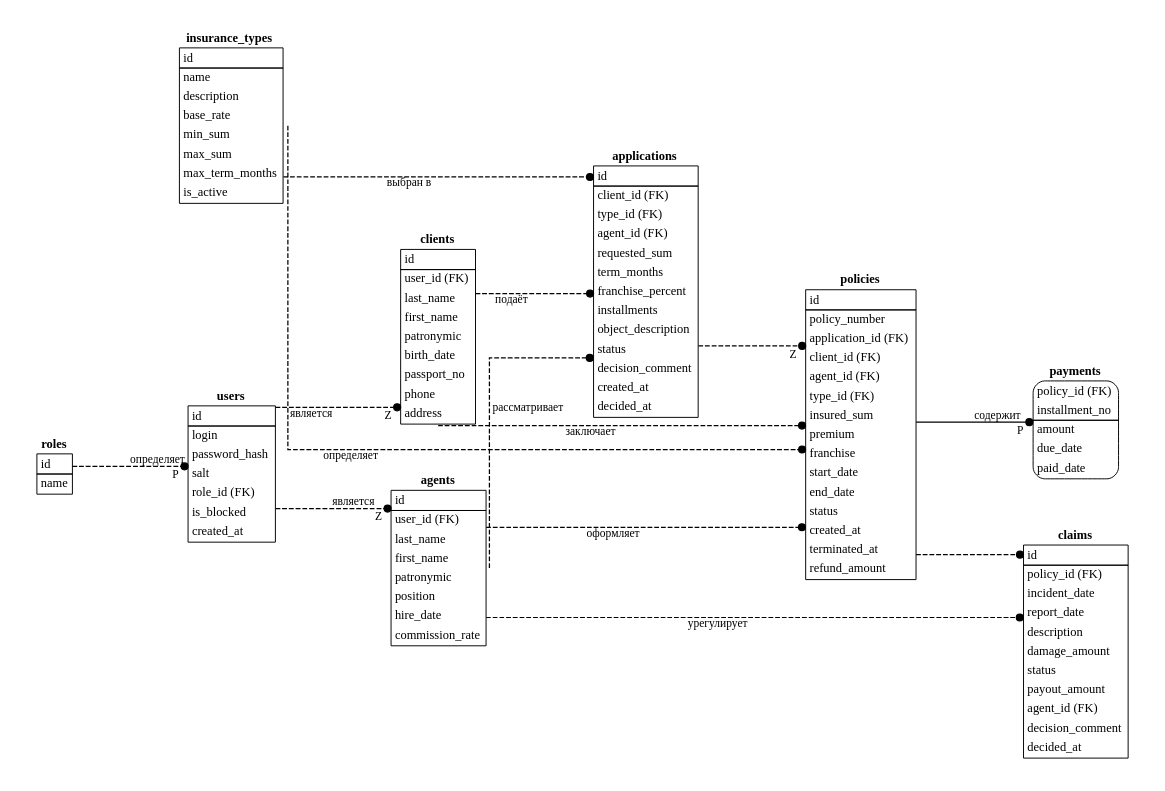
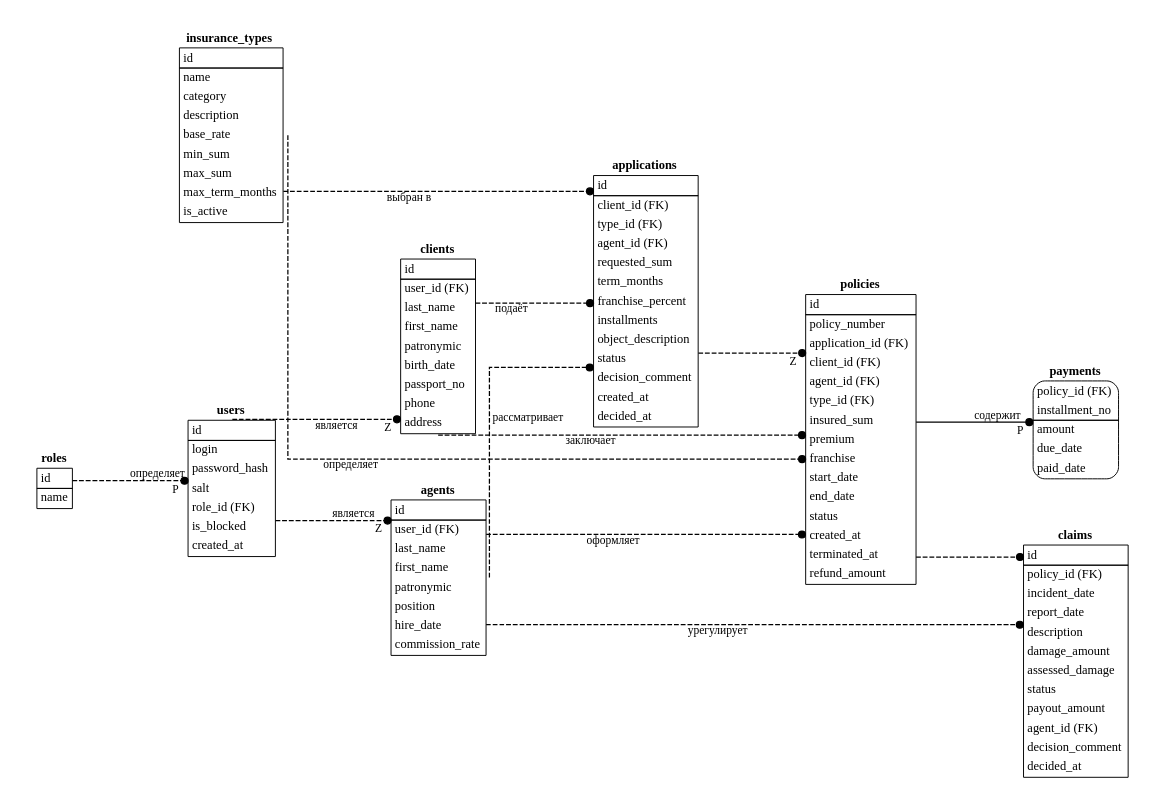
The diagram in diagrams/idef1x.dot (Danilakov277/insurance-service-kp), drawn with Graphviz before and after one commit. The commit also changed 109 other files, not shown here.

```diff
--- a/diagrams/idef1x.dot
+++ b/diagrams/idef1x.dot
@@ -1,28 +1,28 @@
 digraph G {
 graph [rankdir=LR, splines=ortho, nodesep=0.6, ranksep=1.3, forcelabels=true, pad=0.3, fontname="Liberation Serif"];
 node [shape=plaintext, fontname="Liberation Serif", fontsize=13];
 edge [fontname="Liberation Serif", fontsize=12, arrowhead=dot, arrowtail=none, arrowsize=0.9, penwidth=1.3];
 "roles" [label=<<TABLE BORDER="0" CELLBORDER="0" CELLSPACING="0" CELLPADDING="1"><TR><TD><B>roles</B></TD></TR><TR><TD><TABLE PORT="b" BORDER="1.5" CELLBORDER="0" CELLSPACING="0" CELLPADDING="3"><TR><TD ALIGN="LEFT">id</TD></TR><HR/><TR><TD ALIGN="LEFT">name</TD></TR></TABLE></TD></TR></TABLE>>];
 "users" [label=<<TABLE BORDER="0" CELLBORDER="0" CELLSPACING="0" CELLPADDING="1"><TR><TD><B>users</B></TD></TR><TR><TD><TABLE PORT="b" BORDER="1.5" CELLBORDER="0" CELLSPACING="0" CELLPADDING="3"><TR><TD ALIGN="LEFT">id</TD></TR><HR/><TR><TD ALIGN="LEFT">login</TD></TR><TR><TD ALIGN="LEFT">password_hash</TD></TR><TR><TD ALIGN="LEFT">salt</TD></TR><TR><TD ALIGN="LEFT">role_id (FK)</TD></TR><TR><TD ALIGN="LEFT">is_blocked</TD></TR><TR><TD ALIGN="LEFT">created_at</TD></TR></TABLE></TD></TR></TABLE>>];
 "clients" [label=<<TABLE BORDER="0" CELLBORDER="0" CELLSPACING="0" CELLPADDING="1"><TR><TD><B>clients</B></TD></TR><TR><TD><TABLE PORT="b" BORDER="1.5" CELLBORDER="0" CELLSPACING="0" CELLPADDING="3"><TR><TD ALIGN="LEFT">id</TD></TR><HR/><TR><TD ALIGN="LEFT">user_id (FK)</TD></TR><TR><TD ALIGN="LEFT">last_name</TD></TR><TR><TD ALIGN="LEFT">first_name</TD></TR><TR><TD ALIGN="LEFT">patronymic</TD></TR><TR><TD ALIGN="LEFT">birth_date</TD></TR><TR><TD ALIGN="LEFT">passport_no</TD></TR><TR><TD ALIGN="LEFT">phone</TD></TR><TR><TD ALIGN="LEFT">address</TD></TR></TABLE></TD></TR></TABLE>>];
 "agents" [label=<<TABLE BORDER="0" CELLBORDER="0" CELLSPACING="0" CELLPADDING="1"><TR><TD><B>agents</B></TD></TR><TR><TD><TABLE PORT="b" BORDER="1.5" CELLBORDER="0" CELLSPACING="0" CELLPADDING="3"><TR><TD ALIGN="LEFT">id</TD></TR><HR/><TR><TD ALIGN="LEFT">user_id (FK)</TD></TR><TR><TD ALIGN="LEFT">last_name</TD></TR><TR><TD ALIGN="LEFT">first_name</TD></TR><TR><TD ALIGN="LEFT">patronymic</TD></TR><TR><TD ALIGN="LEFT">position</TD></TR><TR><TD ALIGN="LEFT">hire_date</TD></TR><TR><TD ALIGN="LEFT">commission_rate</TD></TR></TABLE></TD></TR></TABLE>>];
-"insurance_types" [label=<<TABLE BORDER="0" CELLBORDER="0" CELLSPACING="0" CELLPADDING="1"><TR><TD><B>insurance_types</B></TD></TR><TR><TD><TABLE PORT="b" BORDER="1.5" CELLBORDER="0" CELLSPACING="0" CELLPADDING="3"><TR><TD ALIGN="LEFT">id</TD></TR><HR/><TR><TD ALIGN="LEFT">name</TD></TR><TR><TD ALIGN="LEFT">description</TD></TR><TR><TD ALIGN="LEFT">base_rate</TD></TR><TR><TD ALIGN="LEFT">min_sum</TD></TR><TR><TD ALIGN="LEFT">max_sum</TD></TR><TR><TD ALIGN="LEFT">max_term_months</TD></TR><TR><TD ALIGN="LEFT">is_active</TD></TR></TABLE></TD></TR></TABLE>>];
+"insurance_types" [label=<<TABLE BORDER="0" CELLBORDER="0" CELLSPACING="0" CELLPADDING="1"><TR><TD><B>insurance_types</B></TD></TR><TR><TD><TABLE PORT="b" BORDER="1.5" CELLBORDER="0" CELLSPACING="0" CELLPADDING="3"><TR><TD ALIGN="LEFT">id</TD></TR><HR/><TR><TD ALIGN="LEFT">name</TD></TR><TR><TD ALIGN="LEFT">category</TD></TR><TR><TD ALIGN="LEFT">description</TD></TR><TR><TD ALIGN="LEFT">base_rate</TD></TR><TR><TD ALIGN="LEFT">min_sum</TD></TR><TR><TD ALIGN="LEFT">max_sum</TD></TR><TR><TD ALIGN="LEFT">max_term_months</TD></TR><TR><TD ALIGN="LEFT">is_active</TD></TR></TABLE></TD></TR></TABLE>>];
 "applications" [label=<<TABLE BORDER="0" CELLBORDER="0" CELLSPACING="0" CELLPADDING="1"><TR><TD><B>applications</B></TD></TR><TR><TD><TABLE PORT="b" BORDER="1.5" CELLBORDER="0" CELLSPACING="0" CELLPADDING="3"><TR><TD ALIGN="LEFT">id</TD></TR><HR/><TR><TD ALIGN="LEFT">client_id (FK)</TD></TR><TR><TD ALIGN="LEFT">type_id (FK)</TD></TR><TR><TD ALIGN="LEFT">agent_id (FK)</TD></TR><TR><TD ALIGN="LEFT">requested_sum</TD></TR><TR><TD ALIGN="LEFT">term_months</TD></TR><TR><TD ALIGN="LEFT">franchise_percent</TD></TR><TR><TD ALIGN="LEFT">installments</TD></TR><TR><TD ALIGN="LEFT">object_description</TD></TR><TR><TD ALIGN="LEFT">status</TD></TR><TR><TD ALIGN="LEFT">decision_comment</TD></TR><TR><TD ALIGN="LEFT">created_at</TD></TR><TR><TD ALIGN="LEFT">decided_at</TD></TR></TABLE></TD></TR></TABLE>>];
 "policies" [label=<<TABLE BORDER="0" CELLBORDER="0" CELLSPACING="0" CELLPADDING="1"><TR><TD><B>policies</B></TD></TR><TR><TD><TABLE PORT="b" BORDER="1.5" CELLBORDER="0" CELLSPACING="0" CELLPADDING="3"><TR><TD ALIGN="LEFT">id</TD></TR><HR/><TR><TD ALIGN="LEFT">policy_number</TD></TR><TR><TD ALIGN="LEFT">application_id (FK)</TD></TR><TR><TD ALIGN="LEFT">client_id (FK)</TD></TR><TR><TD ALIGN="LEFT">agent_id (FK)</TD></TR><TR><TD ALIGN="LEFT">type_id (FK)</TD></TR><TR><TD ALIGN="LEFT">insured_sum</TD></TR><TR><TD ALIGN="LEFT">premium</TD></TR><TR><TD ALIGN="LEFT">franchise</TD></TR><TR><TD ALIGN="LEFT">start_date</TD></TR><TR><TD ALIGN="LEFT">end_date</TD></TR><TR><TD ALIGN="LEFT">status</TD></TR><TR><TD ALIGN="LEFT">created_at</TD></TR><TR><TD ALIGN="LEFT">terminated_at</TD></TR><TR><TD ALIGN="LEFT">refund_amount</TD></TR></TABLE></TD></TR></TABLE>>];
 "payments" [label=<<TABLE BORDER="0" CELLBORDER="0" CELLSPACING="0" CELLPADDING="1"><TR><TD><B>payments</B></TD></TR><TR><TD><TABLE PORT="b" BORDER="1.5" CELLBORDER="0" CELLSPACING="0" CELLPADDING="3" style="rounded"><TR><TD ALIGN="LEFT">policy_id (FK)</TD></TR><TR><TD ALIGN="LEFT">installment_no</TD></TR><HR/><TR><TD ALIGN="LEFT">amount</TD></TR><TR><TD ALIGN="LEFT">due_date</TD></TR><TR><TD ALIGN="LEFT">paid_date</TD></TR></TABLE></TD></TR></TABLE>>];
-"claims" [label=<<TABLE BORDER="0" CELLBORDER="0" CELLSPACING="0" CELLPADDING="1"><TR><TD><B>claims</B></TD></TR><TR><TD><TABLE PORT="b" BORDER="1.5" CELLBORDER="0" CELLSPACING="0" CELLPADDING="3"><TR><TD ALIGN="LEFT">id</TD></TR><HR/><TR><TD ALIGN="LEFT">policy_id (FK)</TD></TR><TR><TD ALIGN="LEFT">incident_date</TD></TR><TR><TD ALIGN="LEFT">report_date</TD></TR><TR><TD ALIGN="LEFT">description</TD></TR><TR><TD ALIGN="LEFT">damage_amount</TD></TR><TR><TD ALIGN="LEFT">status</TD></TR><TR><TD ALIGN="LEFT">payout_amount</TD></TR><TR><TD ALIGN="LEFT">agent_id (FK)</TD></TR><TR><TD ALIGN="LEFT">decision_comment</TD></TR><TR><TD ALIGN="LEFT">decided_at</TD></TR></TABLE></TD></TR></TABLE>>];
+"claims" [label=<<TABLE BORDER="0" CELLBORDER="0" CELLSPACING="0" CELLPADDING="1"><TR><TD><B>claims</B></TD></TR><TR><TD><TABLE PORT="b" BORDER="1.5" CELLBORDER="0" CELLSPACING="0" CELLPADDING="3"><TR><TD ALIGN="LEFT">id</TD></TR><HR/><TR><TD ALIGN="LEFT">policy_id (FK)</TD></TR><TR><TD ALIGN="LEFT">incident_date</TD></TR><TR><TD ALIGN="LEFT">report_date</TD></TR><TR><TD ALIGN="LEFT">description</TD></TR><TR><TD ALIGN="LEFT">damage_amount</TD></TR><TR><TD ALIGN="LEFT">assessed_damage</TD></TR><TR><TD ALIGN="LEFT">status</TD></TR><TR><TD ALIGN="LEFT">payout_amount</TD></TR><TR><TD ALIGN="LEFT">agent_id (FK)</TD></TR><TR><TD ALIGN="LEFT">decision_comment</TD></TR><TR><TD ALIGN="LEFT">decided_at</TD></TR></TABLE></TD></TR></TABLE>>];
 "roles":b -> "users":b [style=dashed, xlabel=" определяет ", headlabel="P", labeldistance=1.6, labelangle=35];
 "users":b -> "clients":b [style=dashed, xlabel=" является ", headlabel="Z", labeldistance=1.6, labelangle=35];
 "users":b -> "agents":b [style=dashed, xlabel=" является ", headlabel="Z", labeldistance=1.6, labelangle=35];
 "clients":b -> "applications":b [style=dashed, xlabel=" подаёт "];
 "insurance_types":b -> "applications":b [style=dashed, xlabel=" выбран в "];
 "agents":b -> "applications":b [style=dashed, xlabel=" рассматривает "];
 "applications":b -> "policies":b [style=dashed, headlabel="Z", labeldistance=1.6, labelangle=35];
 "clients":b -> "policies":b [style=dashed, xlabel=" заключает "];
 "agents":b -> "policies":b [style=dashed, xlabel=" оформляет "];
 "insurance_types":b -> "policies":b [style=dashed, xlabel=" определяет "];
 "policies":b -> "payments":b [style=solid, xlabel=" содержит ", headlabel="P", labeldistance=1.6, labelangle=35];
 "policies":b -> "claims":b [style=dashed];
 "agents":b -> "claims":b [style=dashed, xlabel=" урегулирует "];
 {rank=same; "roles";} {rank=same; "users"; "insurance_types";} {rank=same; "clients"; "agents";}
 }
```
